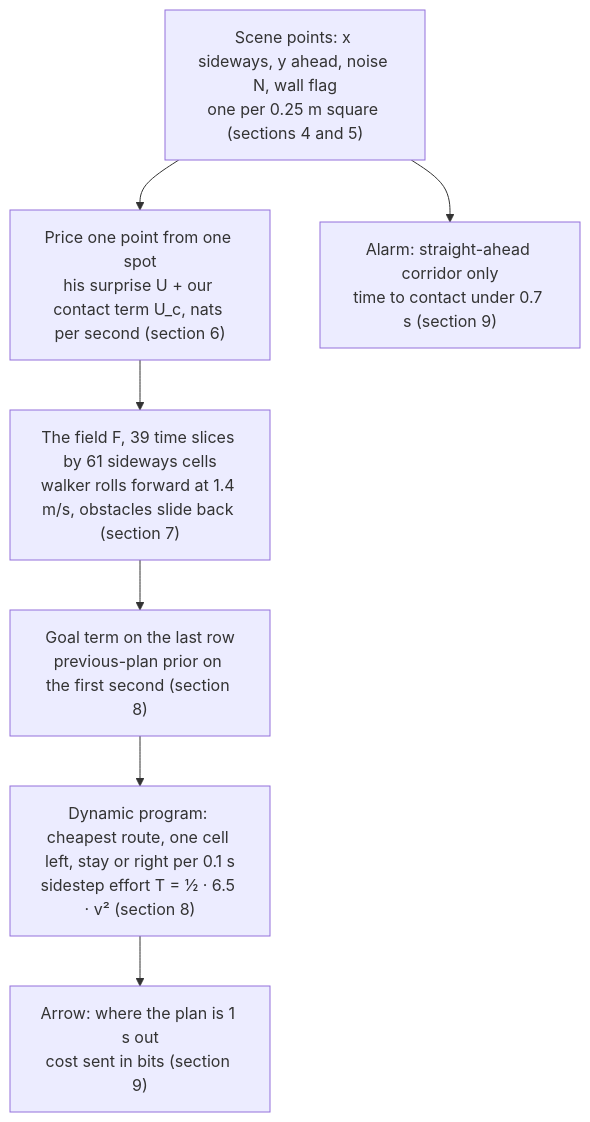
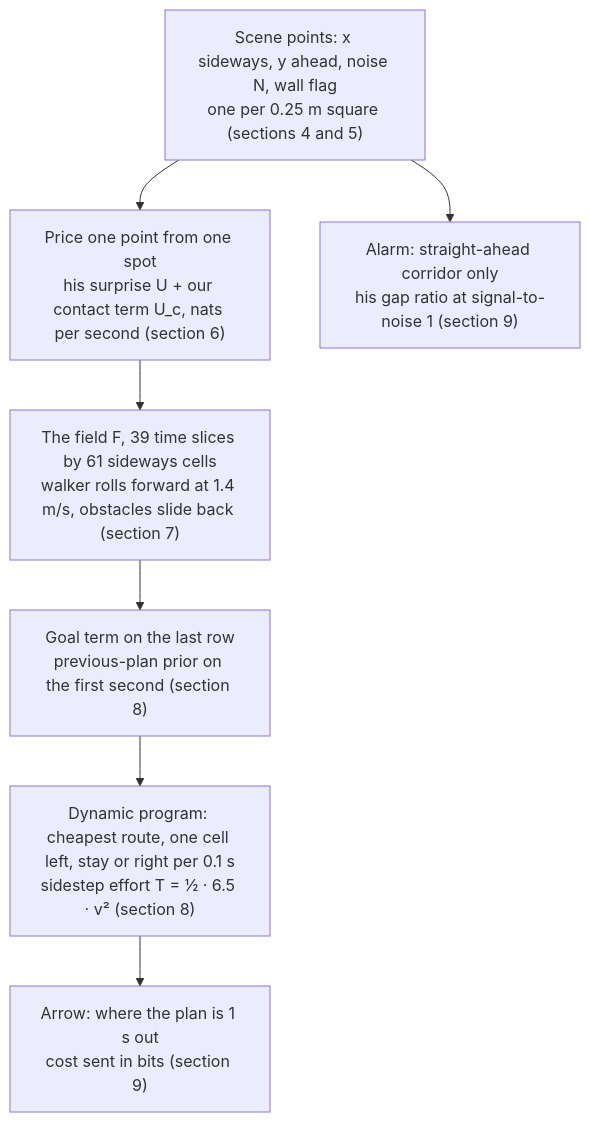
Before and after one commit to Re0mar/NeuromorphicPaths: the diagram in docs/math/00_the_planner_on_one_page.md, drawn with Mermaid. The commit also changed other lines of this file and 16 other files, not shown here.

Commit message:
alarm uses the course's gap ratio, distance kept as an option

````diff
--- a/docs/math/00_the_planner_on_one_page.md
+++ b/docs/math/00_the_planner_on_one_page.md
@@ -19,12 +19,12 @@
 ```mermaid
 flowchart TD
     scene["Scene points: x sideways, y ahead, noise N, wall flag<br/>one per 0.25 m square (sections 4 and 5)"]
     price["Price one point from one spot<br/>his surprise U + our contact term U_c, nats per second (section 6)"]
     field["The field F, 39 time slices by 61 sideways cells<br/>walker rolls forward at 1.4 m/s, obstacles slide back (section 7)"]
     nudge["Goal term on the last row<br/>previous-plan prior on the first second (section 8)"]
     dp["Dynamic program: cheapest route, one cell left, stay or right per 0.1 s<br/>sidestep effort T = ½ · 6.5 · v² (section 8)"]
     arrow["Arrow: where the plan is 1 s out<br/>cost sent in bits (section 9)"]
-    alarm["Alarm: straight-ahead corridor only<br/>time to contact under 0.7 s (section 9)"]
+    alarm["Alarm: straight-ahead corridor only<br/>his gap ratio at signal-to-noise 1 (section 9)"]
     scene --> price --> field --> nudge --> dp --> arrow
     scene --> alarm
 ```
````
